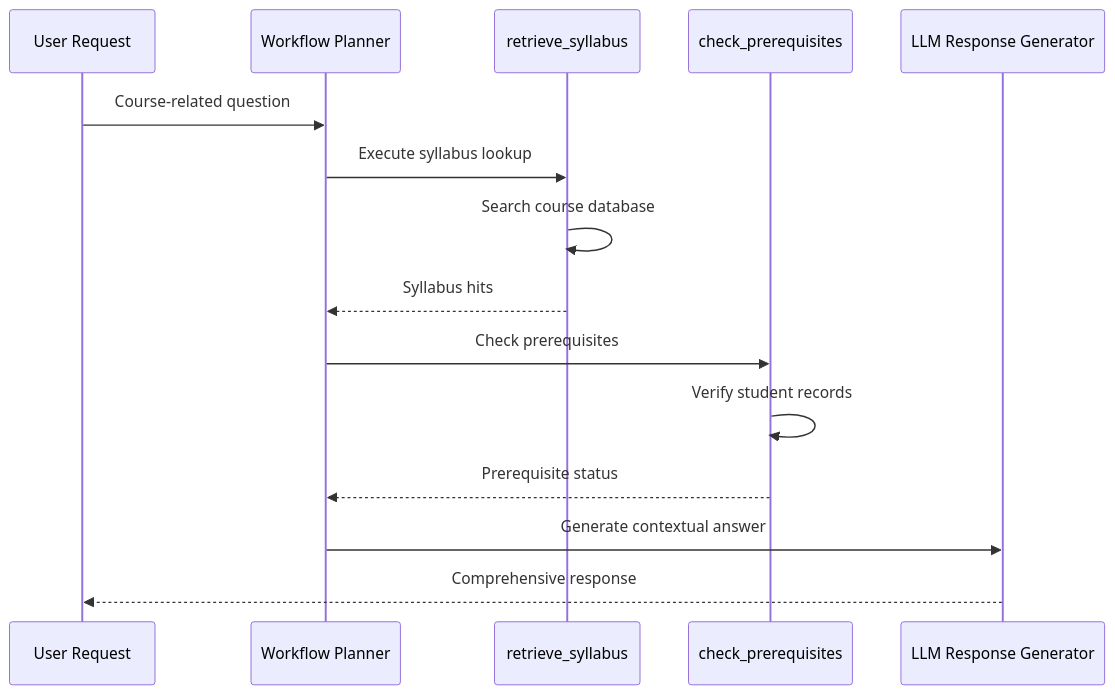
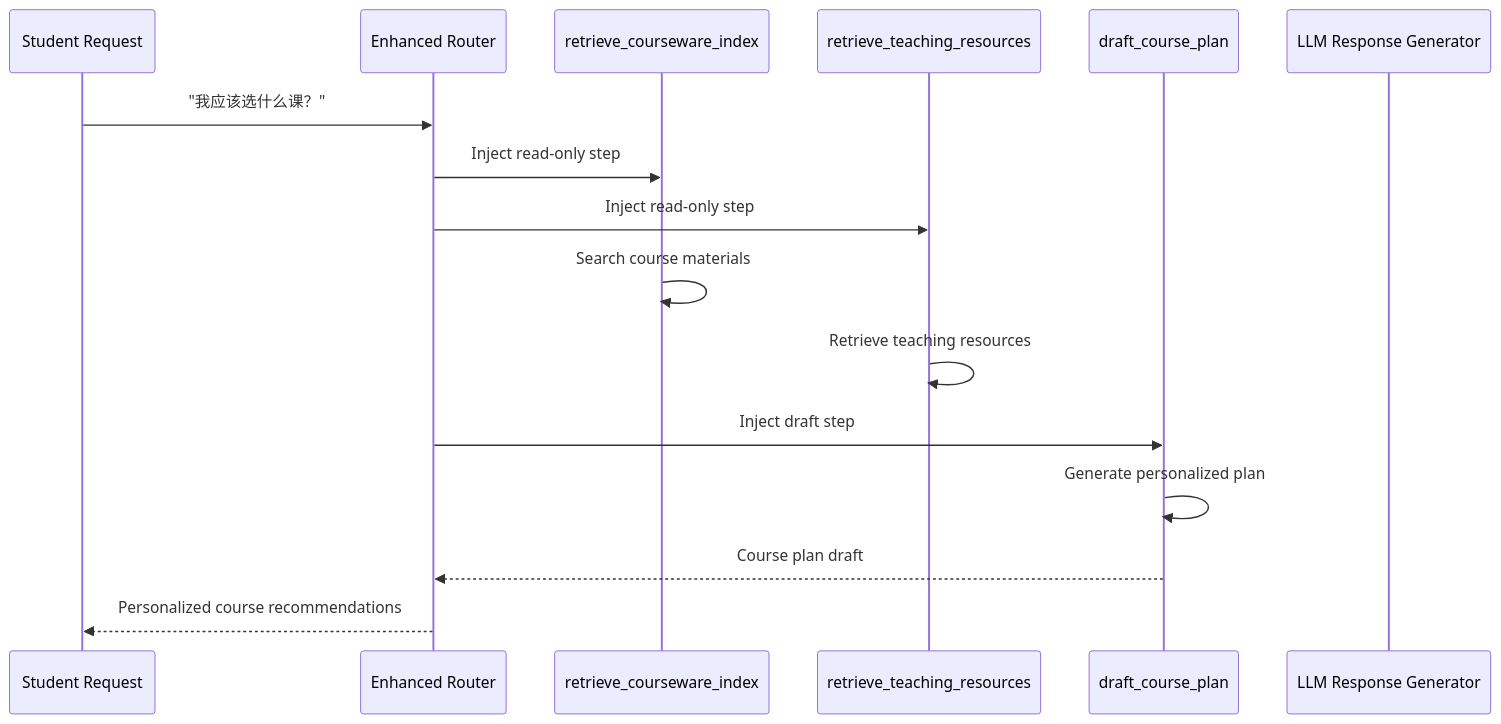
Before and after one commit to intellistream/sage-mate: the tenth of 12 diagrams in .qoder/repowiki/en/content/Integration and Extensions/Capability Plugin System.md, drawn with Mermaid. The commit also changed other lines of this file and 136 other files, not shown here.

First line of the commit message:
chore: source updates, bidirectional link graph, data and repowiki refresh

````diff
--- a/.qoder/repowiki/en/content/Integration and Extensions/Capability Plugin System.md
+++ b/.qoder/repowiki/en/content/Integration and Extensions/Capability Plugin System.md
@@ -298,17 +515,18 @@
 ```mermaid
 sequenceDiagram
-participant User as User Request
-participant Planner as Workflow Planner
-participant CourseStep as retrieve_syllabus
-participant PrereqStep as check_prerequisites
+participant Student as Student Request
+participant Router as Enhanced Router
+participant CourseIndex as retrieve_courseware_index
+participant TeachingRes as retrieve_teaching_resources
+participant CoursePlan as draft_course_plan
 participant LLM as LLM Response Generator
-User->>Planner : Course-related question
-Planner->>CourseStep : Execute syllabus lookup
-CourseStep->>CourseStep : Search course database
-CourseStep-->>Planner : Syllabus hits
-Planner->>PrereqStep : Check prerequisites
-PrereqStep->>PrereqStep : Verify student records
-PrereqStep-->>Planner : Prerequisite status
-Planner->>LLM : Generate contextual answer
-LLM-->>User : Comprehensive response
+Student->>Router : "我应该选什么课？"
+Router->>CourseIndex : Inject read-only step
+Router->>TeachingRes : Inject read-only step
+CourseIndex->>CourseIndex : Search course materials
+TeachingRes->>TeachingRes : Retrieve teaching resources
+Router->>CoursePlan : Inject draft step
+CoursePlan->>CoursePlan : Generate personalized plan
+CoursePlan-->>Router : Course plan draft
+Router-->>Student : Personalized course recommendations
 ```
````
